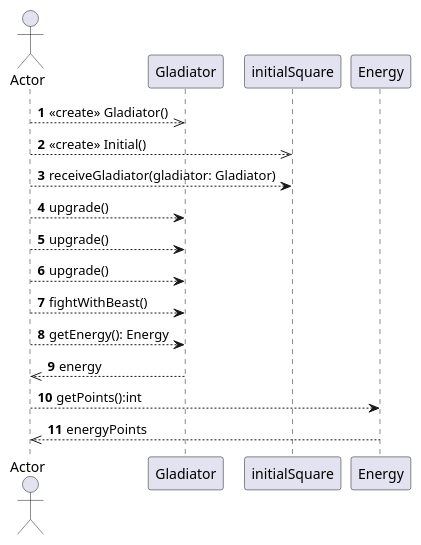
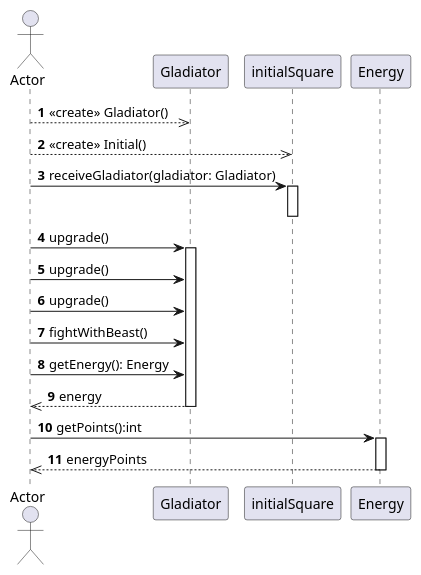
One commit to PabloGCH/tp2-algo3 changed the diagram in diagrams/sequences/UseCase06.puml. Above: the diagram before and after it, drawn with PlantUML.

Commit message:
Arrows fixed and aggregation of lifelines

```diff
--- a/diagrams/sequences/UseCase06.puml
+++ b/diagrams/sequences/UseCase06.puml
@@ -1,15 +1,21 @@
 @startuml
 autonumber
 actor Actor
 Actor -->> Gladiator: <<create>> Gladiator()
 Actor -->> initialSquare: <<create>> Initial()
-Actor --> initialSquare: receiveGladiator(gladiator: Gladiator)
-Actor --> Gladiator: upgrade()
-Actor --> Gladiator: upgrade()
-Actor --> Gladiator: upgrade()
-Actor --> Gladiator: fightWithBeast()
-Actor --> Gladiator: getEnergy(): Energy
+Actor -> initialSquare: receiveGladiator(gladiator: Gladiator)
+activate initialSquare
+deactivate initialSquare
+Actor -> Gladiator: upgrade()
+activate Gladiator
+Actor -> Gladiator: upgrade()
+Actor -> Gladiator: upgrade()
+Actor -> Gladiator: fightWithBeast()
+Actor -> Gladiator: getEnergy(): Energy
 Gladiator -->> Actor: energy
-Actor --> Energy: getPoints():int
+deactivate Gladiator
+Actor -> Energy: getPoints():int
+activate Energy
 Energy -->> Actor: energyPoints
+deactivate Energy
 @enduml
```
